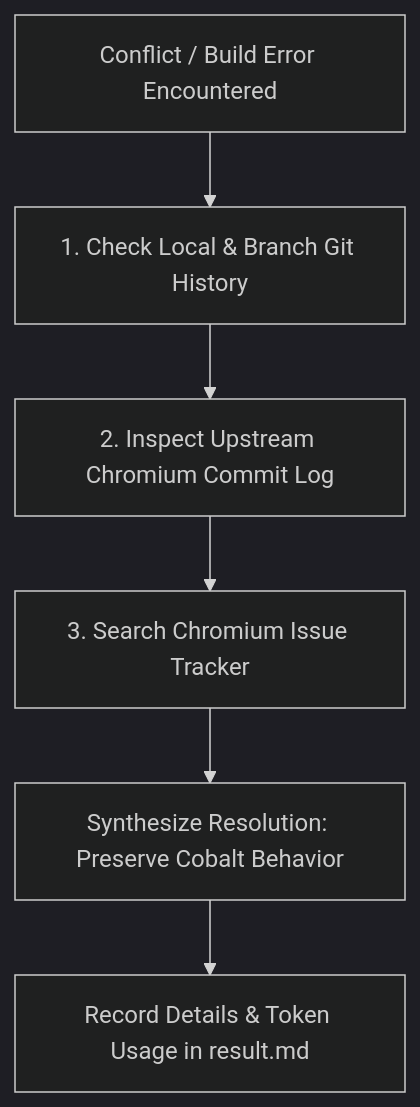
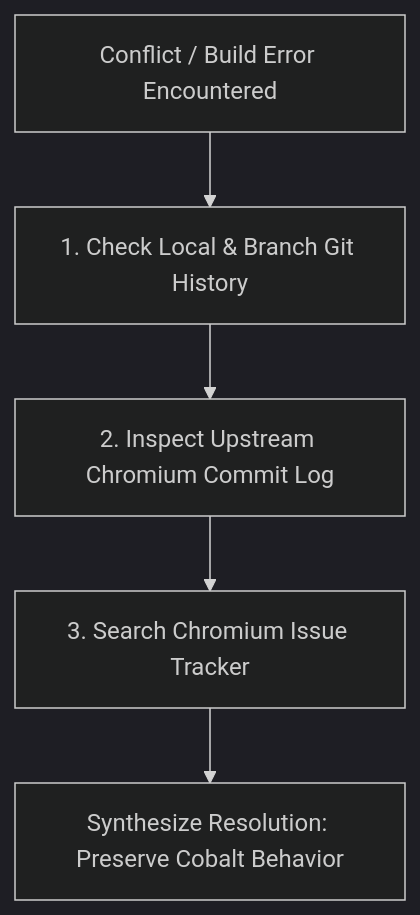
One commit to youtube/cobalt changed the diagram in .github/rebase/reasoning_engine/skills/cobalt_rebase.md. Above: the diagram before and after it, drawn with Mermaid (dark theme). The commit also changed other lines of this file and 8 other files, not shown here.

````diff
--- a/.github/rebase/reasoning_engine/skills/cobalt_rebase.md
+++ b/.github/rebase/reasoning_engine/skills/cobalt_rebase.md
@@ -31,8 +31,7 @@
 ```mermaid
 flowchart TD
     A[Conflict / Build Error Encountered] --> B[1. Check Local & Branch Git History]
     B --> C[2. Inspect Upstream Chromium Commit Log]
     C --> D[3. Search Chromium Issue Tracker]
     D --> E[Synthesize Resolution: Preserve Cobalt Behavior]
-    E --> F[Record Details & Token Usage in result.md]
 ```
````
